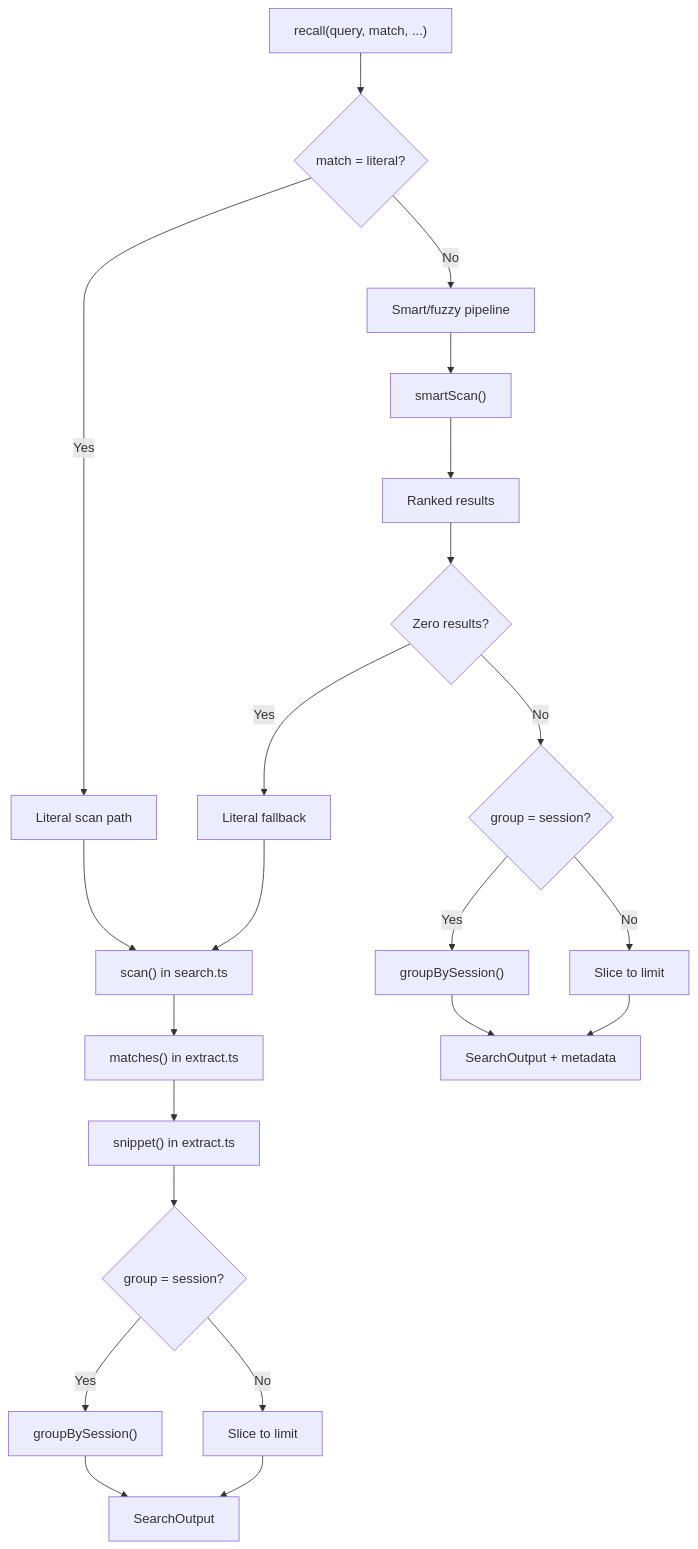
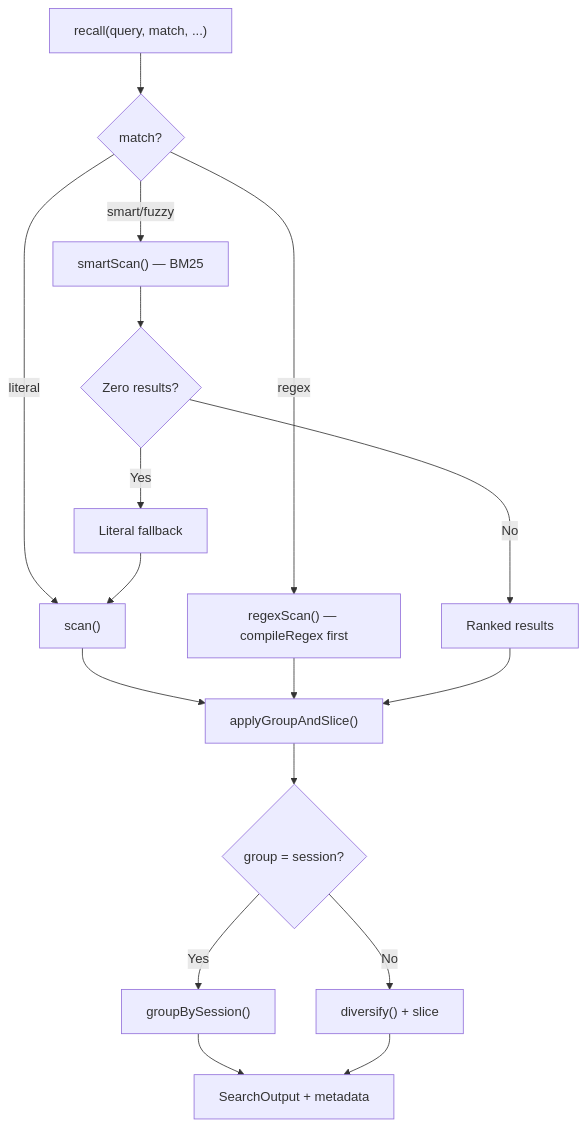
The second of 5 diagrams in CONTRIBUTING.md (rmk40/opencode-session-recall), drawn with Mermaid before and after one commit. The commit also changed other lines of this file and 32 other files, not shown here.

First line of the commit message:
feat(recall): BM25 ranking, proactive recall hooks, and regex mode

````diff
--- a/CONTRIBUTING.md
+++ b/CONTRIBUTING.md
@@ -94,30 +98,24 @@
 ```mermaid
 flowchart TB
-    Start["recall(query, match, ...)"] --> Guard{"match = literal?"}
+    Start["recall(query, match, ...)"] --> Guard{"match?"}
 
-    Guard -->|Yes| Literal["Literal scan path"]
-    Guard -->|No| Smart["Smart/fuzzy pipeline"]
+    Guard -->|literal| Literal["scan()"]
+    Guard -->|regex| Regex["regexScan() — compileRegex first"]
+    Guard -->|smart/fuzzy| Smart["smartScan() — BM25"]
 
-    Literal --> LitScan["scan() in search.ts"]
-    LitScan --> LitMatch["matches() in extract.ts"]
-    LitMatch --> LitSnip["snippet() in extract.ts"]
-    LitSnip --> GroupCheck1{"group = session?"}
+    Smart --> FallbackCheck{"Zero results?"}
+    FallbackCheck -->|Yes| Fallback["Literal fallback"]
+    FallbackCheck -->|No| Ranked["Ranked results"]
+    Fallback --> Literal
 
-    Smart --> Pipeline["smartScan()"]
-    Pipeline --> SmartOut["Ranked results"]
+    Literal --> GroupSlice["applyGroupAndSlice()"]
+    Regex --> GroupSlice
+    Ranked --> GroupSlice
 
-    SmartOut --> FallbackCheck{"Zero results?"}
-    FallbackCheck -->|Yes| Fallback["Literal fallback"]
-    FallbackCheck -->|No| GroupCheck2{"group = session?"}
-    Fallback --> LitScan
+    GroupSlice --> GroupCheck{"group = session?"}
+    GroupCheck -->|Yes| Group["groupBySession()"]
+    GroupCheck -->|No| Diversify["diversify() + slice"]
 
-    GroupCheck1 -->|Yes| Group1["groupBySession()"]
-    GroupCheck1 -->|No| Slice1["Slice to limit"]
-    GroupCheck2 -->|Yes| Group2["groupBySession()"]
-    GroupCheck2 -->|No| Slice2["Slice to limit"]
-
-    Group1 --> Out1["SearchOutput"]
-    Slice1 --> Out1
-    Group2 --> Out2["SearchOutput + metadata"]
-    Slice2 --> Out2
+    Group --> Out["SearchOutput + metadata"]
+    Diversify --> Out
 ```
````
